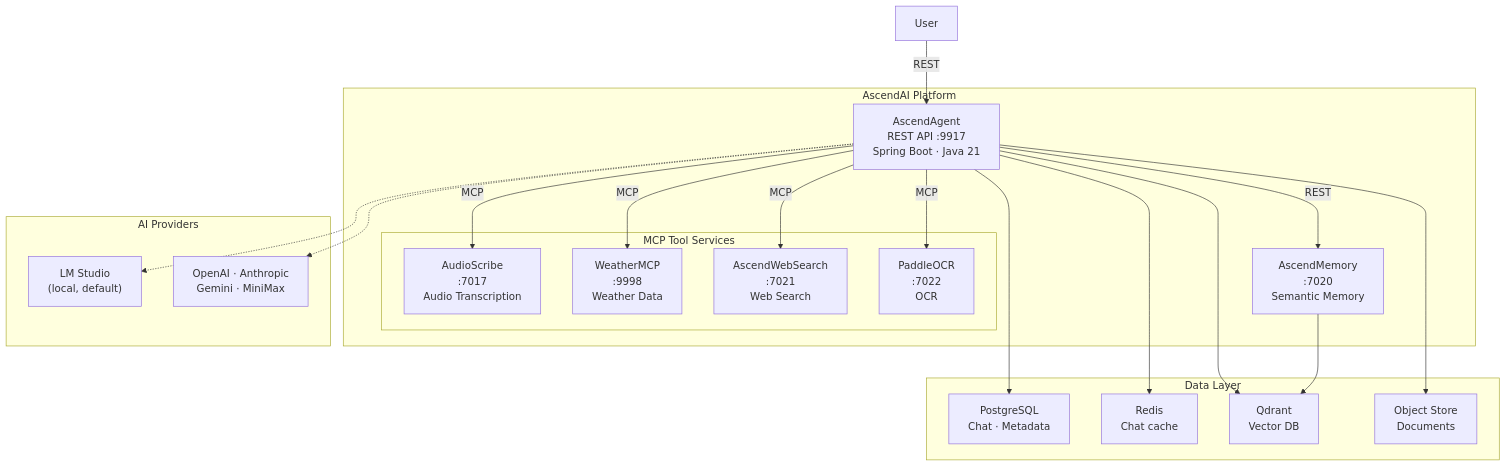
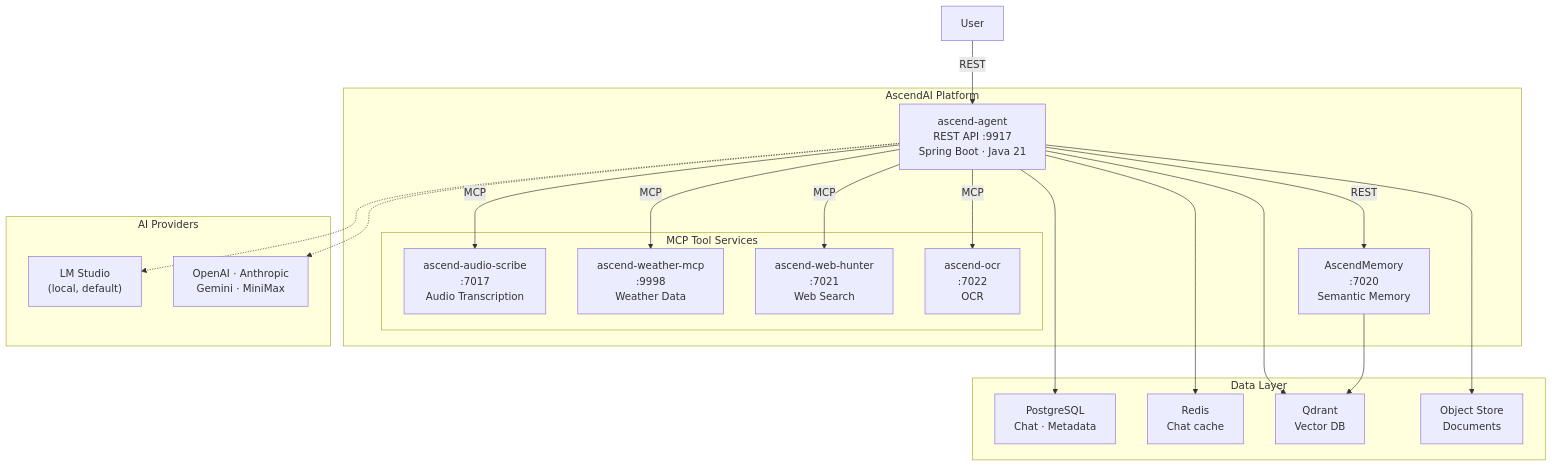
One commit to Lukk17/AscendAI changed the first of 2 diagrams in README.md. Above: the diagram before and after it, drawn with Mermaid. The commit also changed other lines of this file and 2152 other files, not shown here.

````diff
--- a/README.md
+++ b/README.md
@@ -29,43 +29,43 @@
 ```mermaid
 graph TB
     User["User"]
 
     subgraph "AscendAI Platform"
-        Agent["AscendAgent<br/>REST API :9917<br/>Spring Boot · Java 21"]
+        Agent["ascend-agent<br/>REST API :9917<br/>Spring Boot · Java 21"]
 
         subgraph "MCP Tool Services"
-            AudioScribe["AudioScribe<br/>:7017<br/>Audio Transcription"]
-            Weather["WeatherMCP<br/>:9998<br/>Weather Data"]
-            WebSearch["AscendWebSearch<br/>:7021<br/>Web Search"]
-            PaddleOCR["PaddleOCR<br/>:7022<br/>OCR"]
+            AudioScribe["ascend-audio-scribe<br/>:7017<br/>Audio Transcription"]
+            Weather["ascend-weather-mcp<br/>:9998<br/>Weather Data"]
+            WebHunter["ascend-web-hunter<br/>:7021<br/>Web Search"]
+            PaddleOCR["ascend-ocr<br/>:7022<br/>OCR"]
         end
 
         Memory["AscendMemory<br/>:7020<br/>Semantic Memory"]
     end
 
     subgraph "AI Providers"
         Local["LM Studio<br/>(local, default)"]
         Cloud["OpenAI · Anthropic<br/>Gemini · MiniMax"]
     end
 
     subgraph "Data Layer"
         PG["PostgreSQL<br/>Chat · Metadata"]
         RD["Redis<br/>Chat cache"]
         QD["Qdrant<br/>Vector DB"]
         S3["Object Store<br/>Documents"]
     end
 
     User -->|"REST"| Agent
     Agent -->|"MCP"| AudioScribe
     Agent -->|"MCP"| Weather
-    Agent -->|"MCP"| WebSearch
+    Agent -->|"MCP"| WebHunter
     Agent -->|"MCP"| PaddleOCR
     Agent -->|"REST"| Memory
     Agent -.-> Local
     Agent -.-> Cloud
     Agent --> PG
     Agent --> RD
     Agent --> QD
     Agent --> S3
     Memory --> QD
 ```
````
